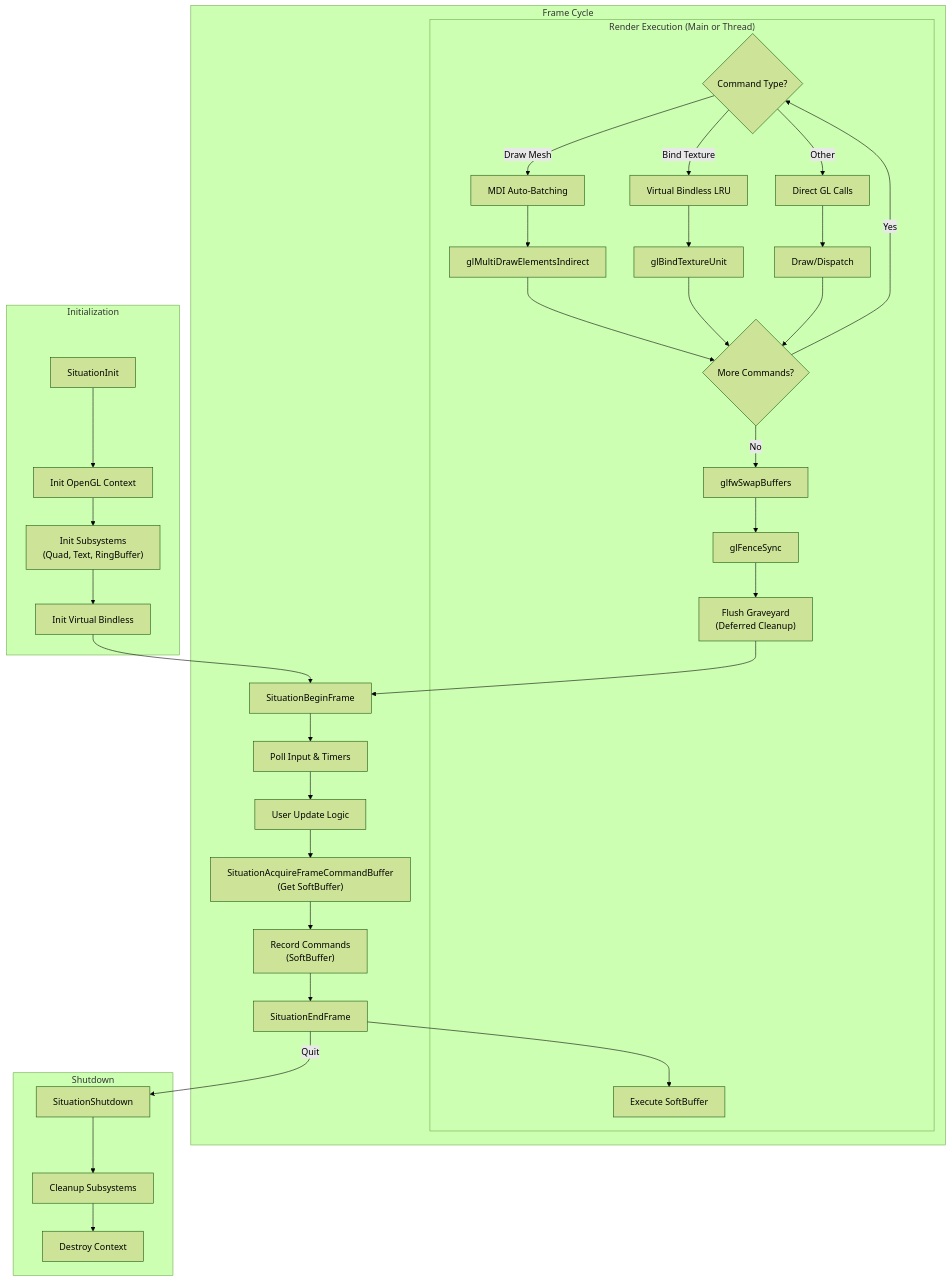
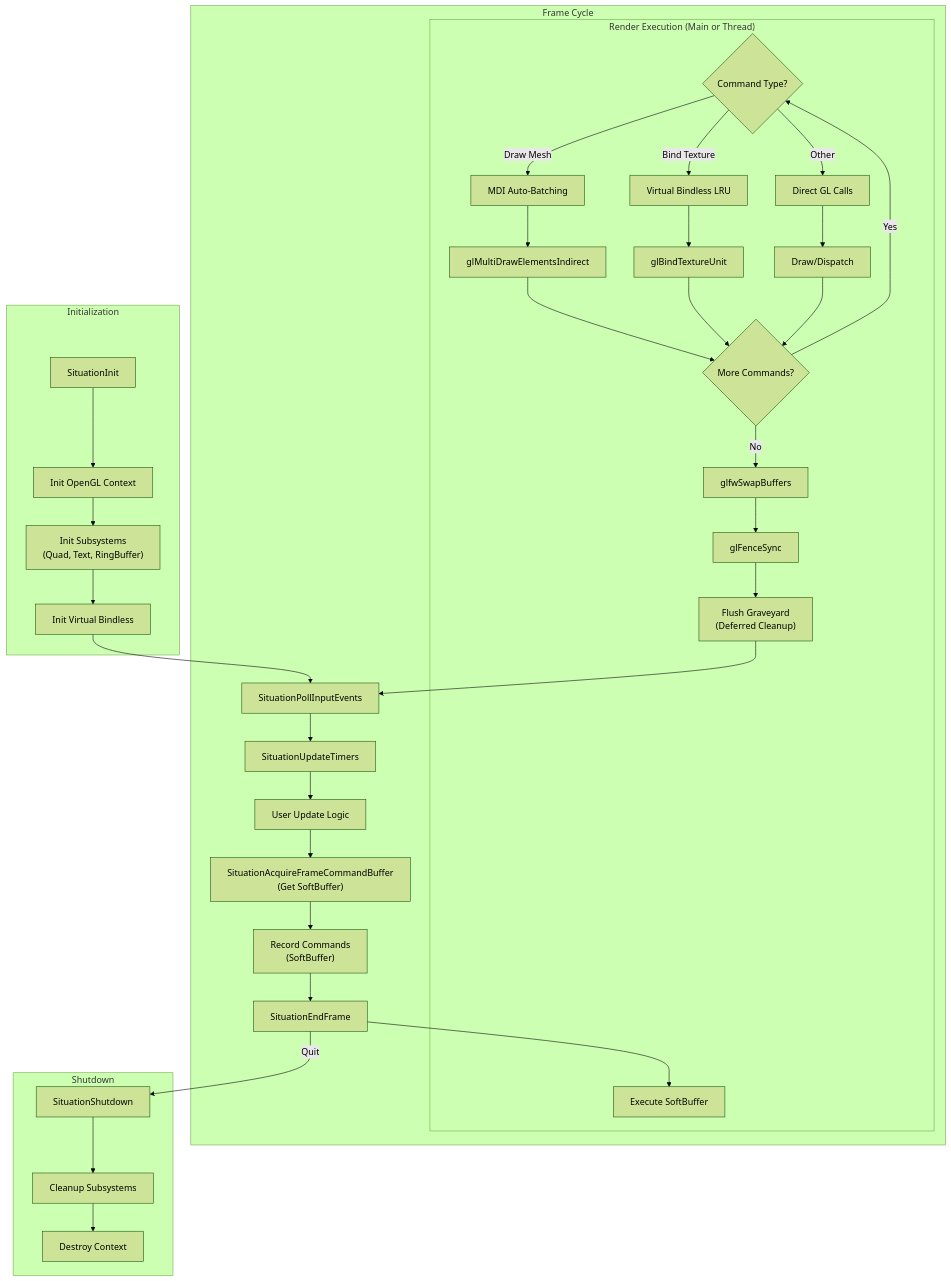
The third of 4 diagrams in README.md (jmorel33/situation), drawn with Mermaid (forest theme) before and after one commit. The commit also changed other lines of this file and 5 other files, not shown here.

````diff
--- a/README.md
+++ b/README.md
@@ -339,51 +368,51 @@
 ```mermaid
 graph TD
     %% Nodes
     subgraph Init ["Initialization"]
         I1["SituationInit"]
         I2["Init OpenGL Context"]
         I3["Init Subsystems<br/>(Quad, Text, RingBuffer)"]
         I4["Init Virtual Bindless"]
     end
 
     subgraph Loop ["Frame Cycle"]
-        L1["SituationBeginFrame"]
-        L2["Poll Input & Timers"]
+        L1["SituationPollInputEvents"]
+        L2["SituationUpdateTimers"]
         L3["User Update Logic"]
         L4["SituationAcquireFrameCommandBuffer<br/>(Get SoftBuffer)"]
         L5["Record Commands<br/>(SoftBuffer)"]
         L6["SituationEndFrame"]
 
         subgraph Render ["Render Execution (Main or Thread)"]
             R1["Execute SoftBuffer"]
             R2{"Command Type?"}
             R2 -- "Draw Mesh" --> R3["MDI Auto-Batching"]
             R2 -- "Bind Texture" --> R4["Virtual Bindless LRU"]
             R2 -- "Other" --> R5["Direct GL Calls"]
             R3 --> R6["glMultiDrawElementsIndirect"]
             R4 --> R7["glBindTextureUnit"]
             R5 --> R8["Draw/Dispatch"]
             R6 --> R9{"More Commands?"}
             R7 --> R9
             R8 --> R9
             R9 -- "Yes" --> R2
             R9 -- "No" --> S1["glfwSwapBuffers"]
             S1 --> S2["glFenceSync"]
             S2 --> S3["Flush Graveyard<br/>(Deferred Cleanup)"]
         end
     end
 
     subgraph Exit ["Shutdown"]
         E1["SituationShutdown"]
         E2["Cleanup Subsystems"]
         E3["Destroy Context"]
     end
 
     %% Flow
     I1 --> I2 --> I3 --> I4 --> L1
     L1 --> L2 --> L3 --> L4 --> L5 --> L6
     L6 --> R1
     S3 --> L1
     L6 -- "Quit" --> E1
     E1 --> E2 --> E3
 ```
````
